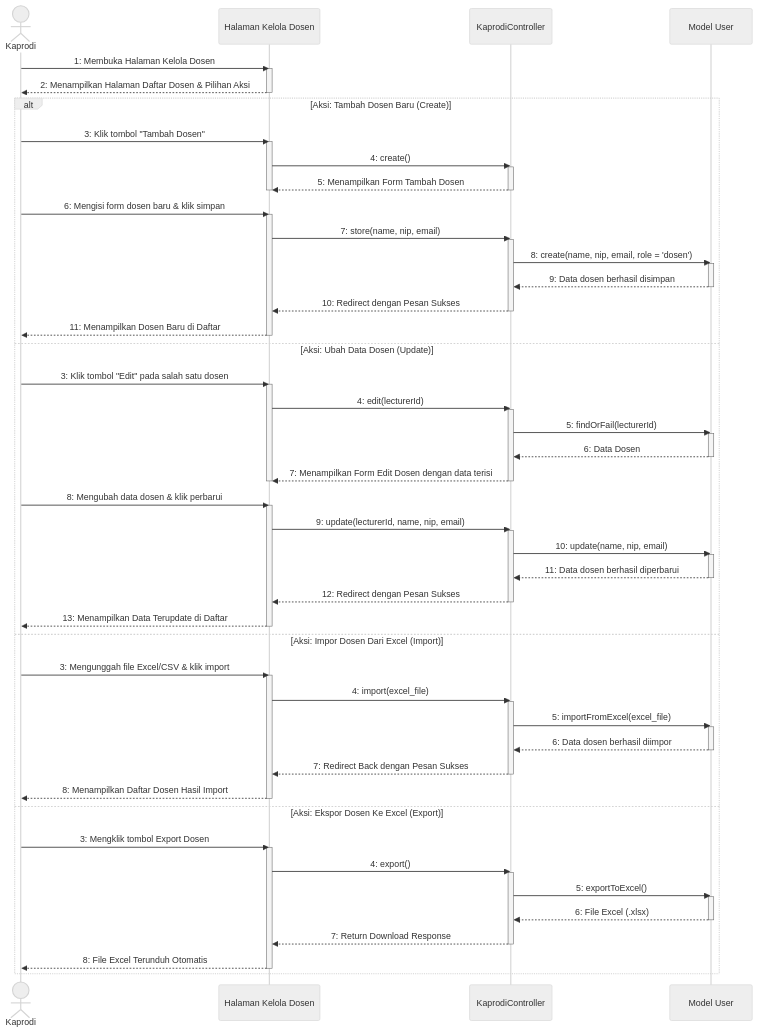
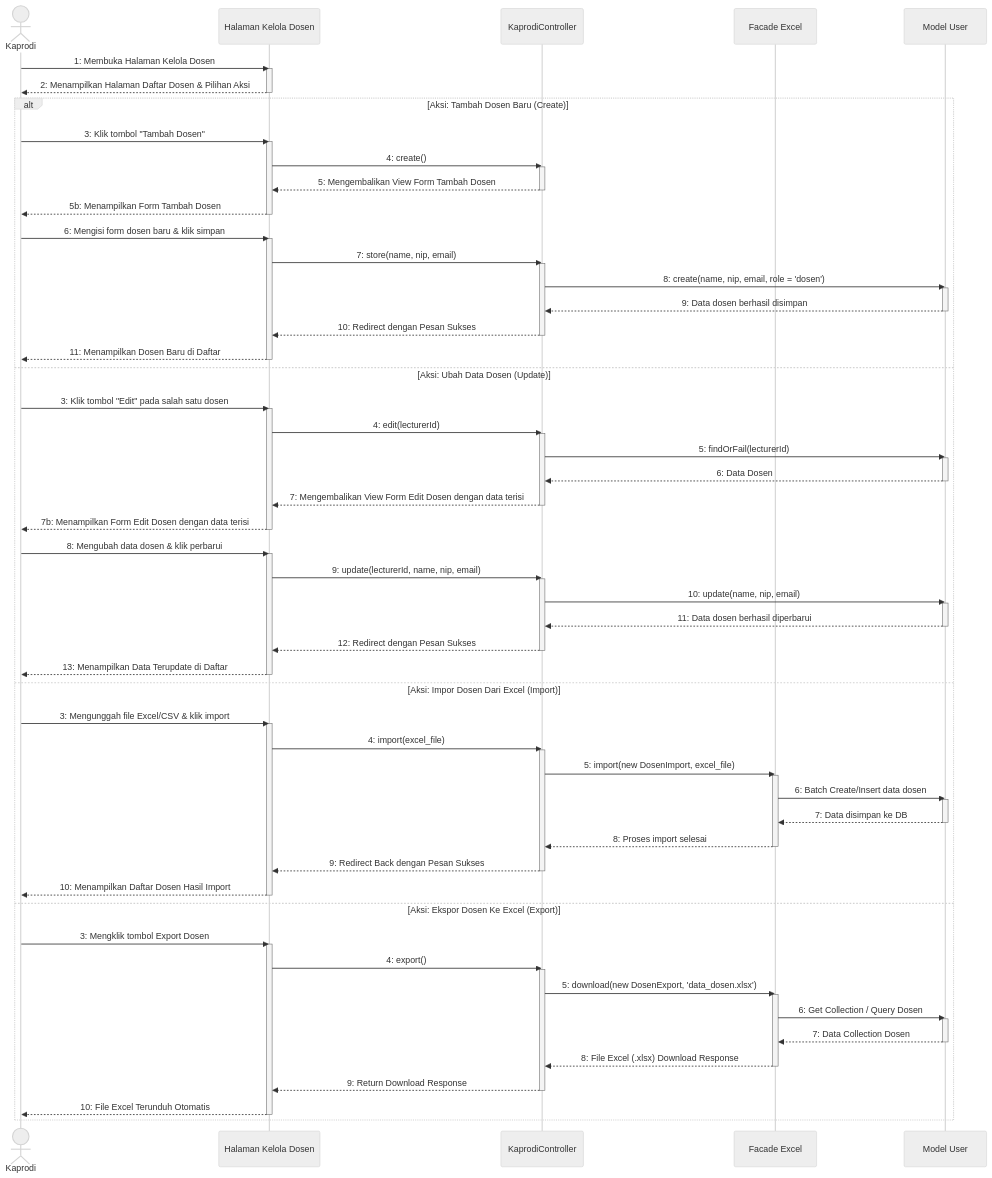
One commit to Duandi04/ta_submission changed the diagram in docs/uml/Sequence Diagram/Kaprodi/sequence_diagram_kelola_dosen.md. Above: the diagram before and after it, drawn with Mermaid (neutral theme). The commit also changed 9 other files, not shown here.

Commit message:
refactor: standardize sequence diagrams by updating controller response flows and adding explicit service/facade participants

````diff
--- a/docs/uml/Sequence Diagram/Kaprodi/sequence_diagram_kelola_dosen.md
+++ b/docs/uml/Sequence Diagram/Kaprodi/sequence_diagram_kelola_dosen.md
@@ -7,6 +7,7 @@
     actor Kaprodi as Kaprodi
     participant UI as Halaman Kelola Dosen
     participant Ctrl as KaprodiController
+    participant Excel as Facade Excel
     participant Model as Model User
 
     %% ==========================================
@@ -25,8 +26,9 @@
         activate UI
         UI->>Ctrl: 4: create()
         activate Ctrl
-        Ctrl-->>UI: 5: Menampilkan Form Tambah Dosen
+        Ctrl-->>UI: 5: Mengembalikan View Form Tambah Dosen
         deactivate Ctrl
+        UI-->>Kaprodi: 5b: Menampilkan Form Tambah Dosen
         deactivate UI
         
         Kaprodi->>UI: 6: Mengisi form dosen baru & klik simpan
@@ -51,8 +53,9 @@
         activate Model
         Model-->>Ctrl: 6: Data Dosen
         deactivate Model
-        Ctrl-->>UI: 7: Menampilkan Form Edit Dosen dengan data terisi
+        Ctrl-->>UI: 7: Mengembalikan View Form Edit Dosen dengan data terisi
         deactivate Ctrl
+        UI-->>Kaprodi: 7b: Menampilkan Form Edit Dosen dengan data terisi
         deactivate UI
 
         Kaprodi->>UI: 8: Mengubah data dosen & klik perbarui
@@ -73,13 +76,17 @@
         activate UI
         UI->>Ctrl: 4: import(excel_file)
         activate Ctrl
-        Ctrl->>Model: 5: importFromExcel(excel_file)
+        Ctrl->>Excel: 5: import(new DosenImport, excel_file)
+        activate Excel
+        Excel->>Model: 6: Batch Create/Insert data dosen
         activate Model
-        Model-->>Ctrl: 6: Data dosen berhasil diimpor
+        Model-->>Excel: 7: Data disimpan ke DB
         deactivate Model
-        Ctrl-->>UI: 7: Redirect Back dengan Pesan Sukses
+        Excel-->>Ctrl: 8: Proses import selesai
+        deactivate Excel
+        Ctrl-->>UI: 9: Redirect Back dengan Pesan Sukses
         deactivate Ctrl
-        UI-->>Kaprodi: 8: Menampilkan Daftar Dosen Hasil Import
+        UI-->>Kaprodi: 10: Menampilkan Daftar Dosen Hasil Import
         deactivate UI
 
     else Aksi: Ekspor Dosen Ke Excel (Export)
@@ -87,13 +94,17 @@
         activate UI
         UI->>Ctrl: 4: export()
         activate Ctrl
-        Ctrl->>Model: 5: exportToExcel()
+        Ctrl->>Excel: 5: download(new DosenExport, 'data_dosen.xlsx')
+        activate Excel
+        Excel->>Model: 6: Get Collection / Query Dosen
         activate Model
-        Model-->>Ctrl: 6: File Excel (.xlsx)
+        Model-->>Excel: 7: Data Collection Dosen
         deactivate Model
-        Ctrl-->>UI: 7: Return Download Response
+        Excel-->>Ctrl: 8: File Excel (.xlsx) Download Response
+        deactivate Excel
+        Ctrl-->>UI: 9: Return Download Response
         deactivate Ctrl
-        UI-->>Kaprodi: 8: File Excel Terunduh Otomatis
+        UI-->>Kaprodi: 10: File Excel Terunduh Otomatis
         deactivate UI
     end
 ```
````
